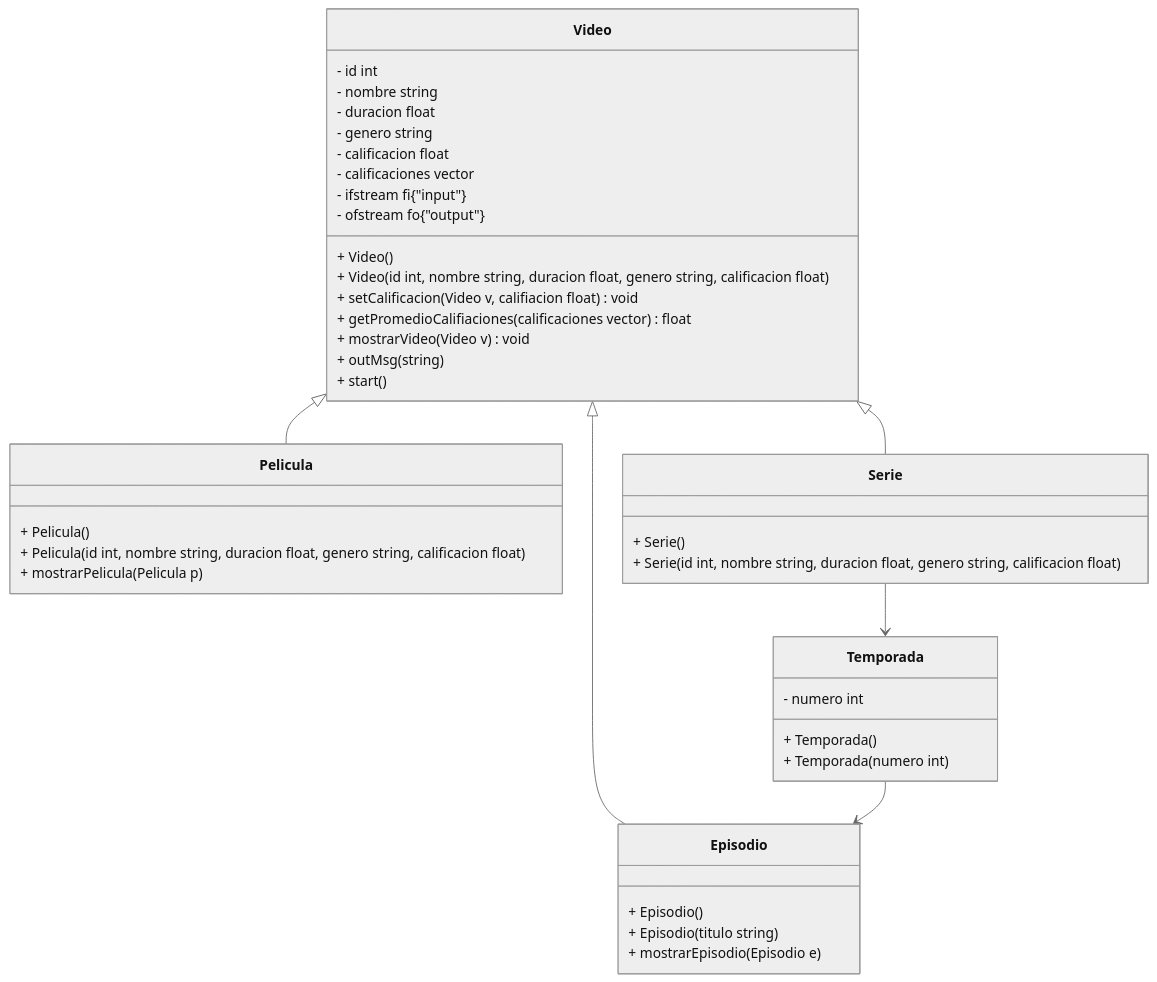
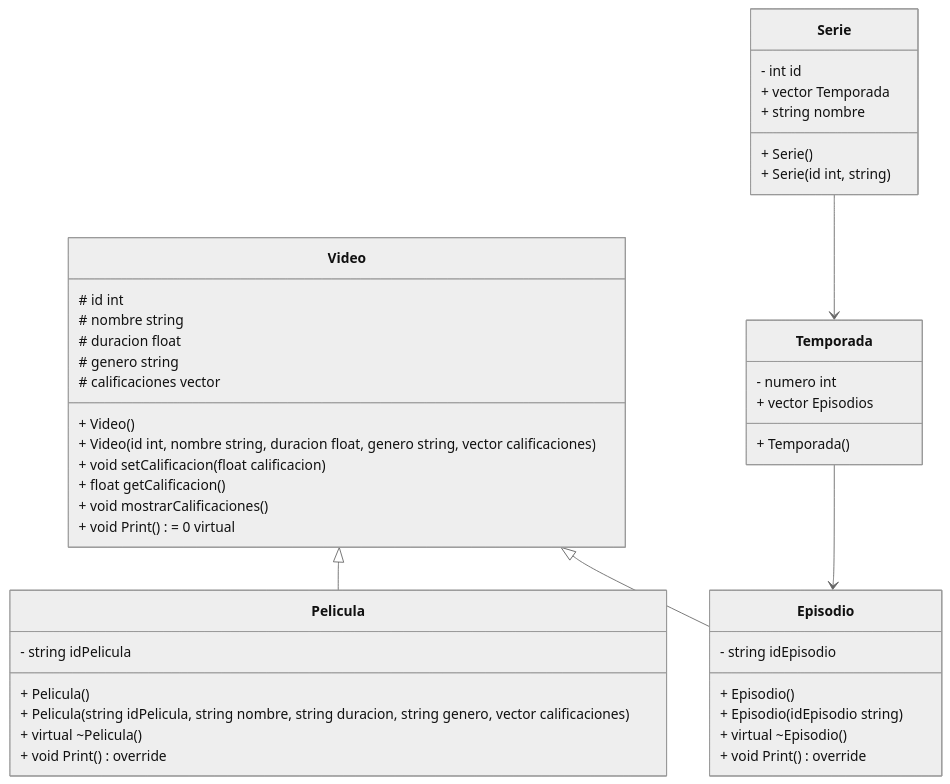
One commit to HectorGtz27/VideoStreamingApp changed the diagram in README.md. Above: the diagram before and after it, drawn with Mermaid (neutral theme). The commit also changed 19 other files, not shown here.

````diff
--- a/README.md
+++ b/README.md
@@ -50,45 +50,44 @@
 ```mermaid
 classDiagram
       class Video
       Video <|-- Pelicula
-      Video <|-- Serie
       Serie --> Temporada
       Video <|-- Episodio
       Temporada --> Episodio
 
-      Video: - id int 
-      Video: - nombre string
-      Video: - duracion float
-      Video: - genero string
-      Video: - calificacion float
-      Video: - calificaciones vector<float> 
-      Video: - ifstream fi{"input"}
-      Video: - ofstream fo{"output"}
+      Video: # id int 
+      Video: # nombre string
+      Video: # duracion float
+      Video: # genero string
+      Video: # calificaciones vector<float> 
 
       Video: + Video()
-      Video: + Video(id int, nombre string, duracion float, genero string, calificacion float )
+      Video: + Video(id int, nombre string, duracion float, genero string, vector<float> calificaciones)
+    
+      Video: + void setCalificacion(float calificacion) 
+      Video: + float getCalificacion() 
+      Video: + void mostrarCalificaciones() 
+      Video: + void Print() = 0 virtual 
 
-      Video: + setCalificacion(Video v, califiacion float) void
-      Video: + getPromedioCalifiaciones(calificaciones vector<float> ) float
-      
-
-      Video: + mostrarVideo(Video v) void
-      Video: + outMsg(string)
-      Video: + start()
-
+      Pelicula: - string idPelicula
       Pelicula: + Pelicula()
-      Pelicula: + Pelicula(id int, nombre string, duracion float, genero string, calificacion float)
-      Pelicula: + mostrarPelicula(Pelicula p)
+      Pelicula: + Pelicula(string idPelicula, string nombre, string duracion, string genero, vector<float> calificaciones)
+      Pelicula: + virtual ~Pelicula()
+      Pelicula: + void Print() override    
      
+      Serie: - int id 
       Serie: + Serie()
-      Serie: + Serie(id int, nombre string, duracion float, genero string, calificacion float)
+      Serie: + Serie(id int, string)
+      Serie: + vector<Temporada> Temporada
+      Serie: + string nombre
 
       Temporada: - numero int
       Temporada: + Temporada()
-      Temporada: + Temporada(numero int)
+      Temporada: + vector<Episodio> Episodios
 
+      Episodio: - string idEpisodio
       Episodio: + Episodio()
-      Episodio: + Episodio(titulo string)
-      Episodio: + mostrarEpisodio(Episodio e)
-
+      Episodio: + Episodio(idEpisodio string)
+      Episodio: + virtual ~Episodio()
+      Episodio: + void Print() override
 ```
````
